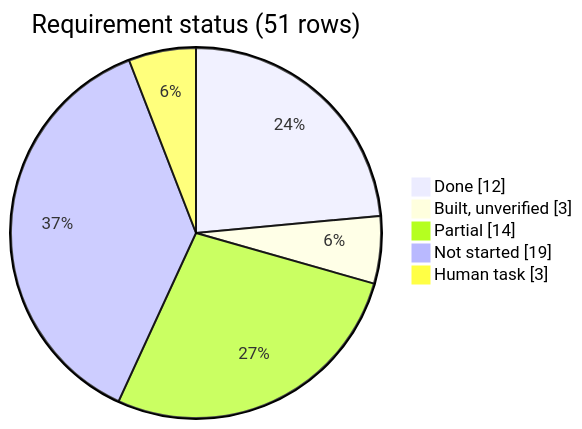
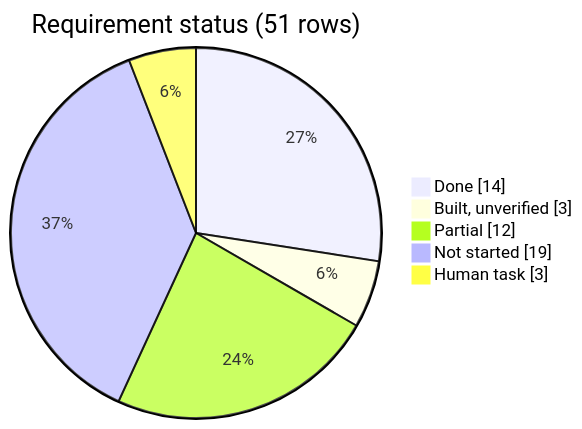
Before and after one commit to Pyxis-Hq/pyxis: the diagram in docs/rfp-acceptance-matrix.md, drawn with Mermaid. The commit also changed other lines of this file and 3 other files, not shown here.

````diff
--- a/docs/rfp-acceptance-matrix.md
+++ b/docs/rfp-acceptance-matrix.md
@@ -36,8 +36,8 @@
 ```mermaid
 pie showData title Requirement status (51 rows)
-  "Done" : 12
+  "Done" : 14
   "Built, unverified" : 3
-  "Partial" : 14
+  "Partial" : 12
   "Not started" : 19
   "Human task" : 3
 ```
````
